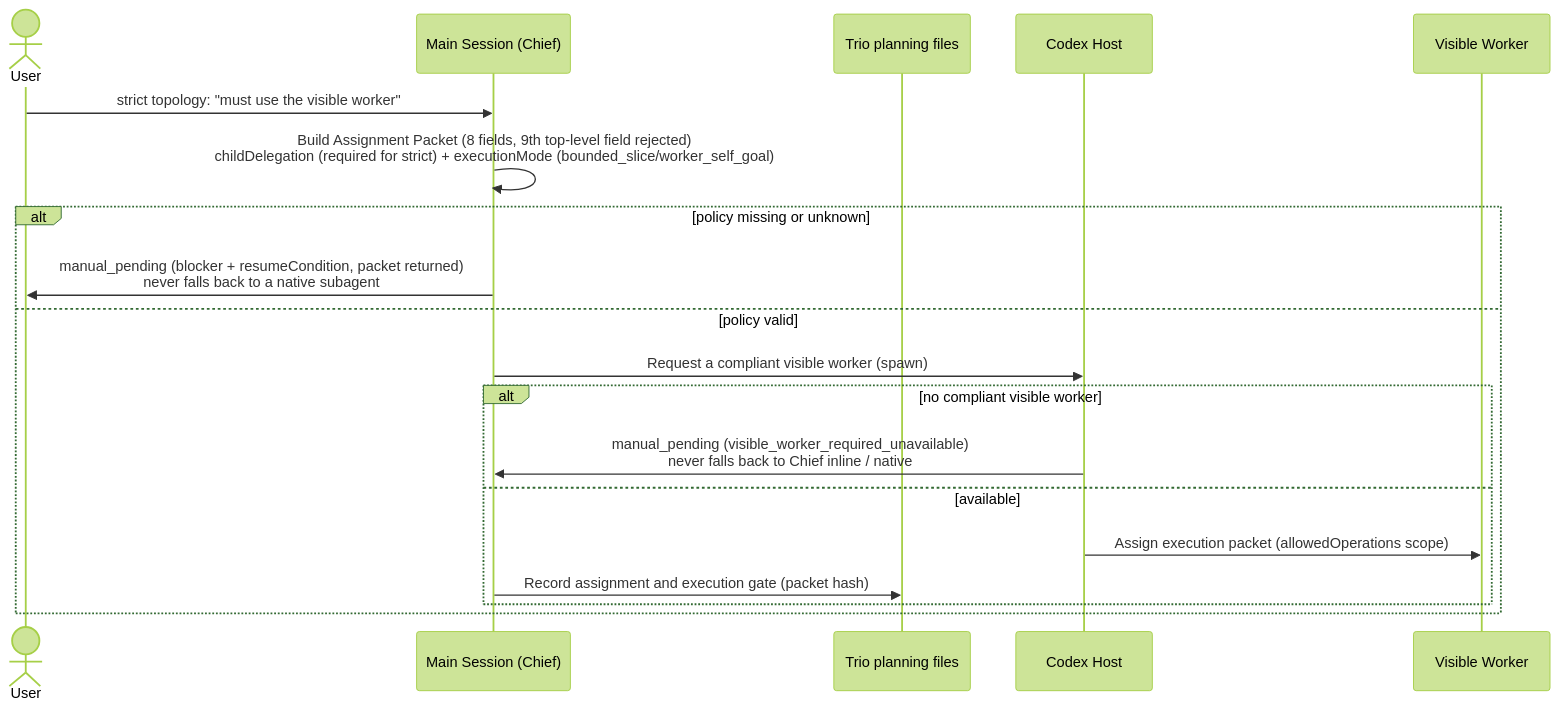
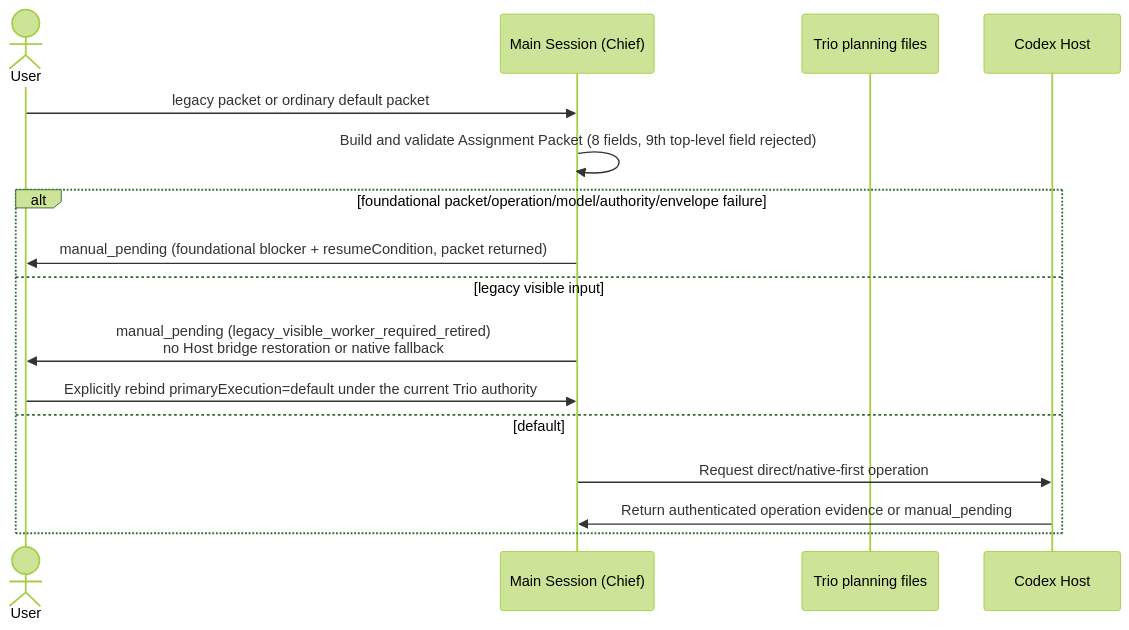
One commit to ilderaj/superpowering-with-files changed the fifth of 6 diagrams in docs/trio-v2/workflow.md. Above: the diagram before and after it, drawn with Mermaid (forest theme). The commit also changed other lines of this file and 59 other files, not shown here.

````diff
--- a/docs/trio-v2/workflow.md
+++ b/docs/trio-v2/workflow.md
@@ -117,21 +114,18 @@
 ```mermaid
 sequenceDiagram
     actor User
     participant S1 as Main Session (Chief)
     participant Trio as Trio planning files
     participant Host as Codex Host
-    participant VW as Visible Worker
-    User->>S1: strict topology: "must use the visible worker"
-    S1->>S1: Build Assignment Packet (8 fields, 9th top-level field rejected)<br/>childDelegation (required for strict) + executionMode (bounded_slice/worker_self_goal)
-    alt policy missing or unknown
-        S1->>User: manual_pending (blocker + resumeCondition, packet returned)<br/>never falls back to a native subagent
-    else policy valid
-        S1->>Host: Request a compliant visible worker (spawn)
-        alt no compliant visible worker
-            Host->>S1: manual_pending (visible_worker_required_unavailable)<br/>never falls back to Chief inline / native
-        else available
-            Host->>VW: Assign execution packet (allowedOperations scope)
-            S1->>Trio: Record assignment and execution gate (packet hash)
-        end
+    User->>S1: legacy packet or ordinary default packet
+    S1->>S1: Build and validate Assignment Packet (8 fields, 9th top-level field rejected)
+    alt foundational packet/operation/model/authority/envelope failure
+        S1->>User: manual_pending (foundational blocker + resumeCondition, packet returned)
+    else legacy visible input
+        S1->>User: manual_pending (legacy_visible_worker_required_retired)<br/>no Host bridge restoration or native fallback
+        User->>S1: Explicitly rebind primaryExecution=default under the current Trio authority
+    else default
+        S1->>Host: Request direct/native-first operation
+        Host->>S1: Return authenticated operation evidence or manual_pending
     end
 ```
````
